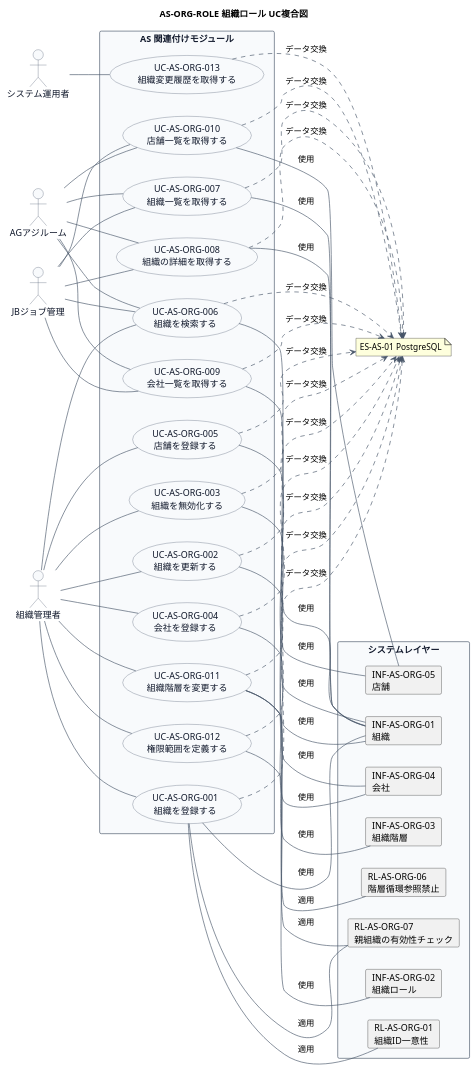
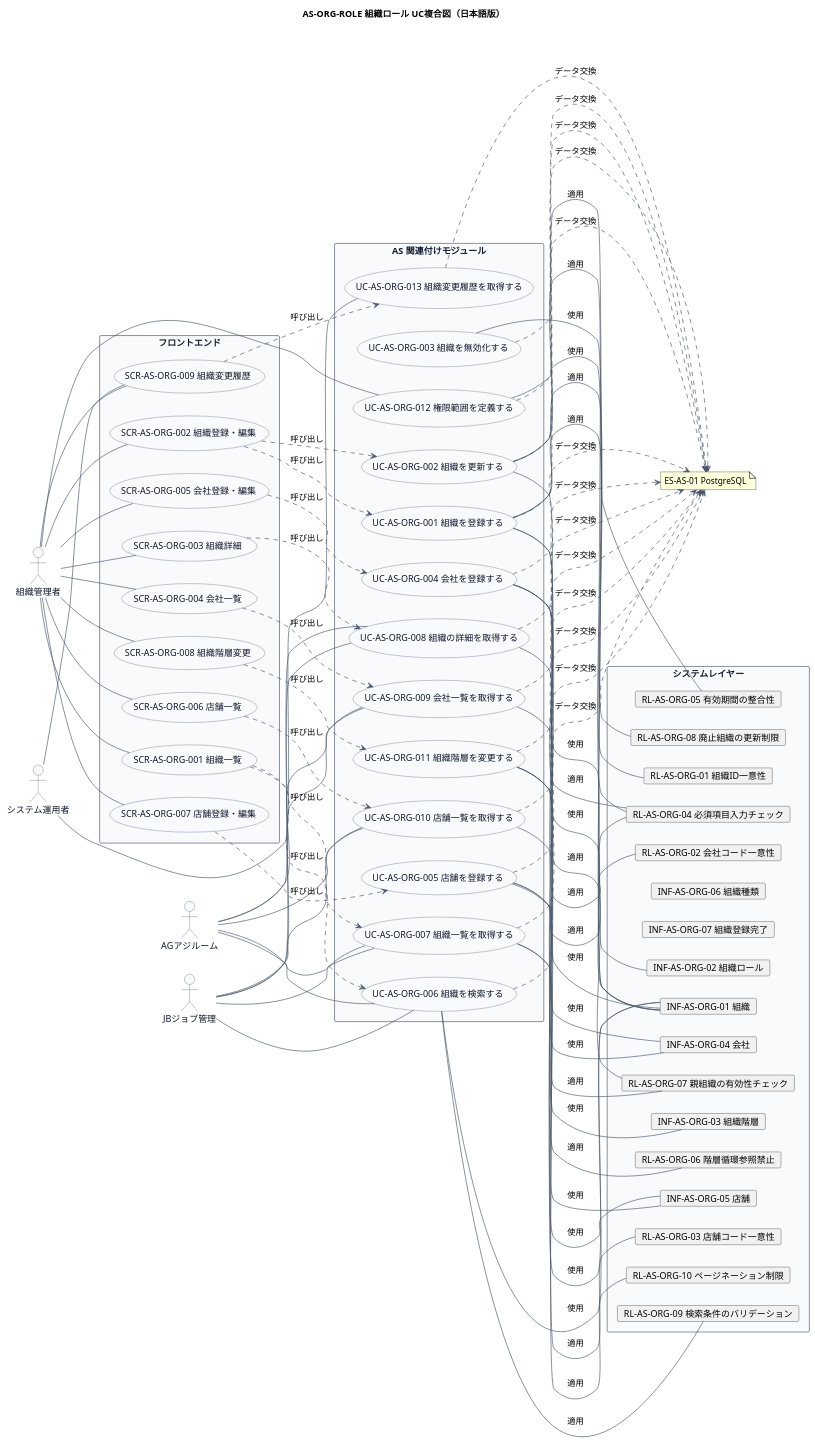
One commit to mizo432/modulith-learning changed the second of 2 diagrams in docs/22 要件定義書/AS 関連付け/03 機能要件/AS-ORG-ROLE 組織ロール/03.システム境界/UC複合図.md. Above: the diagram before and after it, drawn with PlantUML. The commit also changed other lines of this file and 403 other files, not shown here.

First line of the commit message:
docs: AS関連付け事業領域のRDRAフェーズ2完了 - UC複合図、情報属性一覧の追加・修正

````diff
--- a/docs/22 要件定義書/AS 関連付け/03 機能要件/AS-ORG-ROLE 組織ロール/03.システム境界/UC複合図.md
+++ b/docs/22 要件定義書/AS 関連付け/03 機能要件/AS-ORG-ROLE 組織ロール/03.システム境界/UC複合図.md
@@ -11,6 +170,6 @@
 ```plantuml
 @startuml
-title AS-ORG-ROLE 組織ロール UC複合図
+title AS-ORG-ROLE 組織ロール UC複合図（日本語版）
 left to right direction
 
 skinparam usecase {
@@ -38,42 +197,64 @@
 
 note "ES-AS-01 PostgreSQL" as ES01
 
+rectangle "フロントエンド" {
+  usecase "SCR-AS-ORG-001 組織一覧" as SCR001
+  usecase "SCR-AS-ORG-002 組織登録・編集" as SCR002
+  usecase "SCR-AS-ORG-003 組織詳細" as SCR003
+  usecase "SCR-AS-ORG-004 会社一覧" as SCR004
+  usecase "SCR-AS-ORG-005 会社登録・編集" as SCR005
+  usecase "SCR-AS-ORG-006 店舗一覧" as SCR006
+  usecase "SCR-AS-ORG-007 店舗登録・編集" as SCR007
+  usecase "SCR-AS-ORG-008 組織階層変更" as SCR008
+  usecase "SCR-AS-ORG-009 組織変更履歴" as SCR009
+}
+
 rectangle "AS 関連付けモジュール" {
-  usecase "UC-AS-ORG-001\n組織を登録する" as UC001
-  usecase "UC-AS-ORG-002\n組織を更新する" as UC002
-  usecase "UC-AS-ORG-003\n組織を無効化する" as UC003
-  usecase "UC-AS-ORG-004\n会社を登録する" as UC004
-  usecase "UC-AS-ORG-005\n店舗を登録する" as UC005
-  usecase "UC-AS-ORG-006\n組織を検索する" as UC006
-  usecase "UC-AS-ORG-007\n組織一覧を取得する" as UC007
-  usecase "UC-AS-ORG-008\n組織の詳細を取得する" as UC008
-  usecase "UC-AS-ORG-009\n会社一覧を取得する" as UC009
-  usecase "UC-AS-ORG-010\n店舗一覧を取得する" as UC010
-  usecase "UC-AS-ORG-011\n組織階層を変更する" as UC011
-  usecase "UC-AS-ORG-012\n権限範囲を定義する" as UC012
-  usecase "UC-AS-ORG-013\n組織変更履歴を取得する" as UC013
+  usecase "UC-AS-ORG-001 組織を登録する" as UC001
+  usecase "UC-AS-ORG-002 組織を更新する" as UC002
+  usecase "UC-AS-ORG-003 組織を無効化する" as UC003
+  usecase "UC-AS-ORG-004 会社を登録する" as UC004
+  usecase "UC-AS-ORG-005 店舗を登録する" as UC005
+  usecase "UC-AS-ORG-006 組織を検索する" as UC006
+  usecase "UC-AS-ORG-007 組織一覧を取得する" as UC007
+  usecase "UC-AS-ORG-008 組織の詳細を取得する" as UC008
+  usecase "UC-AS-ORG-009 会社一覧を取得する" as UC009
+  usecase "UC-AS-ORG-010 店舗一覧を取得する" as UC010
+  usecase "UC-AS-ORG-011 組織階層を変更する" as UC011
+  usecase "UC-AS-ORG-012 権限範囲を定義する" as UC012
+  usecase "UC-AS-ORG-013 組織変更履歴を取得する" as UC013
 }
 
 rectangle "システムレイヤー" {
-  card "INF-AS-ORG-01\n組織" as INF01
-  card "INF-AS-ORG-02\n組織ロール" as INF02
-  card "INF-AS-ORG-03\n組織階層" as INF03
-  card "INF-AS-ORG-04\n会社" as INF04
-  card "INF-AS-ORG-05\n店舗" as INF05
-  card "RL-AS-ORG-01\n組織ID一意性" as RL01
-  card "RL-AS-ORG-06\n階層循環参照禁止" as RL06
-  card "RL-AS-ORG-07\n親組織の有効性チェック" as RL07
+  card "INF-AS-ORG-01 組織" as INF01
+  card "INF-AS-ORG-02 組織ロール" as INF02
+  card "INF-AS-ORG-03 組織階層" as INF03
+  card "INF-AS-ORG-04 会社" as INF04
+  card "INF-AS-ORG-05 店舗" as INF05
+  card "INF-AS-ORG-06 組織種類" as INF06
+  card "INF-AS-ORG-07 組織登録完了" as INF07
+  card "RL-AS-ORG-01 組織ID一意性" as RL01
+  card "RL-AS-ORG-02 会社コード一意性" as RL02
+  card "RL-AS-ORG-03 店舗コード一意性" as RL03
+  card "RL-AS-ORG-04 必須項目入力チェック" as RL04
+  card "RL-AS-ORG-05 有効期間の整合性" as RL05
+  card "RL-AS-ORG-06 階層循環参照禁止" as RL06
+  card "RL-AS-ORG-07 親組織の有効性チェック" as RL07
+  card "RL-AS-ORG-08 廃止組織の更新制限" as RL08
+  card "RL-AS-ORG-09 検索条件のバリデーション" as RL09
+  card "RL-AS-ORG-10 ページネーション制限" as RL10
 }
 
-Admin -- UC001
-Admin -- UC002
-Admin -- UC003
-Admin -- UC004
-Admin -- UC005
-Admin -- UC006
-Admin -- UC011
-Admin -- UC012
-Operator -- UC013
+Admin -- SCR001
+Admin -- SCR002
+Admin -- SCR003
+Admin -- SCR004
+Admin -- SCR005
+Admin -- SCR006
+Admin -- SCR007
+Admin -- SCR008
+Admin -- SCR009
+Operator -- SCR009
 JB -- UC006
 JB -- UC007
 JB -- UC008
@@ -84,6 +265,21 @@
 AG -- UC008
 AG -- UC009
 AG -- UC010
+
+SCR001 ..> UC006 : 呼び出し
+SCR001 ..> UC007 : 呼び出し
+SCR002 ..> UC001 : 呼び出し
+SCR002 ..> UC002 : 呼び出し
+SCR003 ..> UC008 : 呼び出し
+SCR004 ..> UC009 : 呼び出し
+SCR005 ..> UC004 : 呼び出し
+SCR006 ..> UC010 : 呼び出し
+SCR007 ..> UC005 : 呼び出し
+SCR008 ..> UC011 : 呼び出し
+SCR009 ..> UC013 : 呼び出し
+
+Admin -- UC012
+Operator -- UC013
 
 UC001 ..> ES01 : データ交換
 UC002 ..> ES01 : データ交換
@@ -113,7 +309,16 @@
 UC012 -- INF02 : 使用
 
 UC001 -- RL01 : 適用
+UC001 -- RL04 : 適用
 UC001 -- RL07 : 適用
+UC002 -- RL05 : 適用
+UC002 -- RL08 : 適用
+UC004 -- RL02 : 適用
+UC004 -- RL04 : 適用
+UC005 -- RL03 : 適用
+UC005 -- RL04 : 適用
+UC006 -- RL09 : 適用
+UC007 -- RL10 : 適用
 UC011 -- RL06 : 適用
 UC011 -- RL07 : 適用
 @enduml
````
